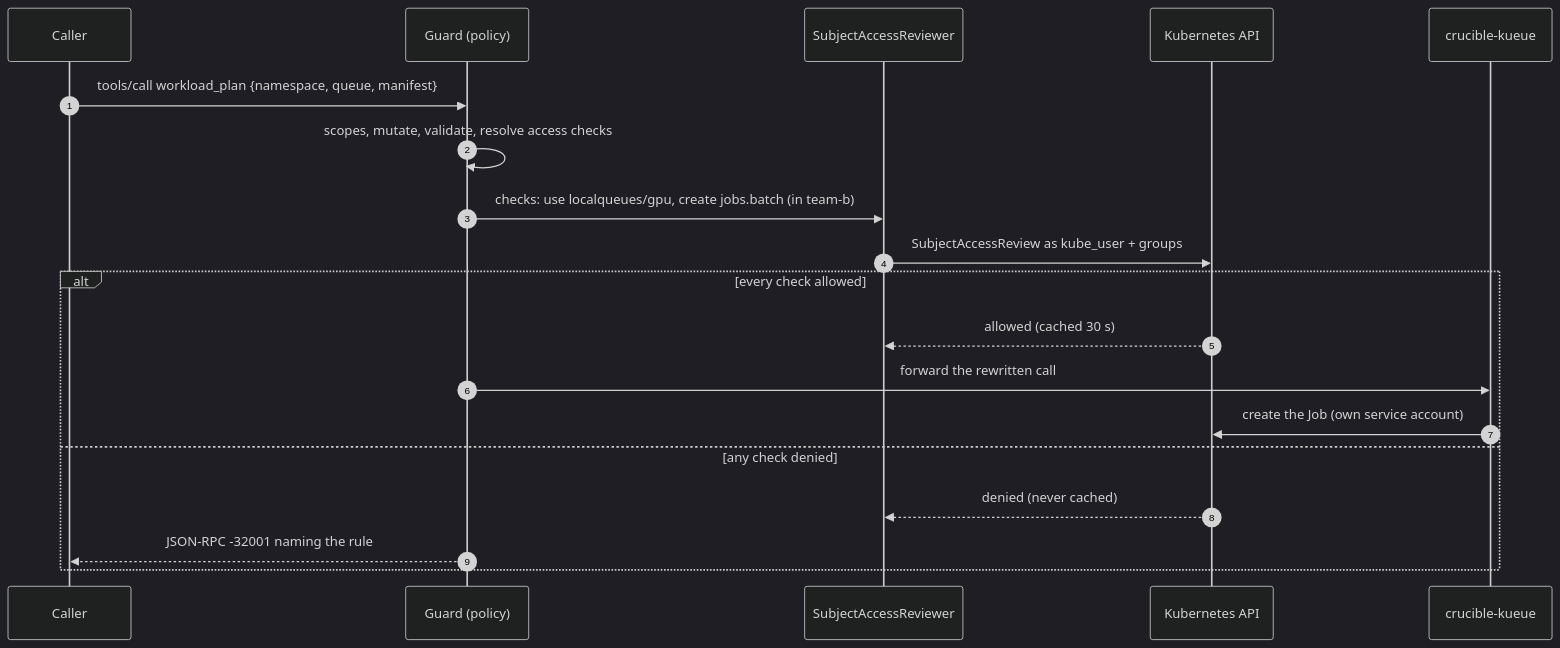
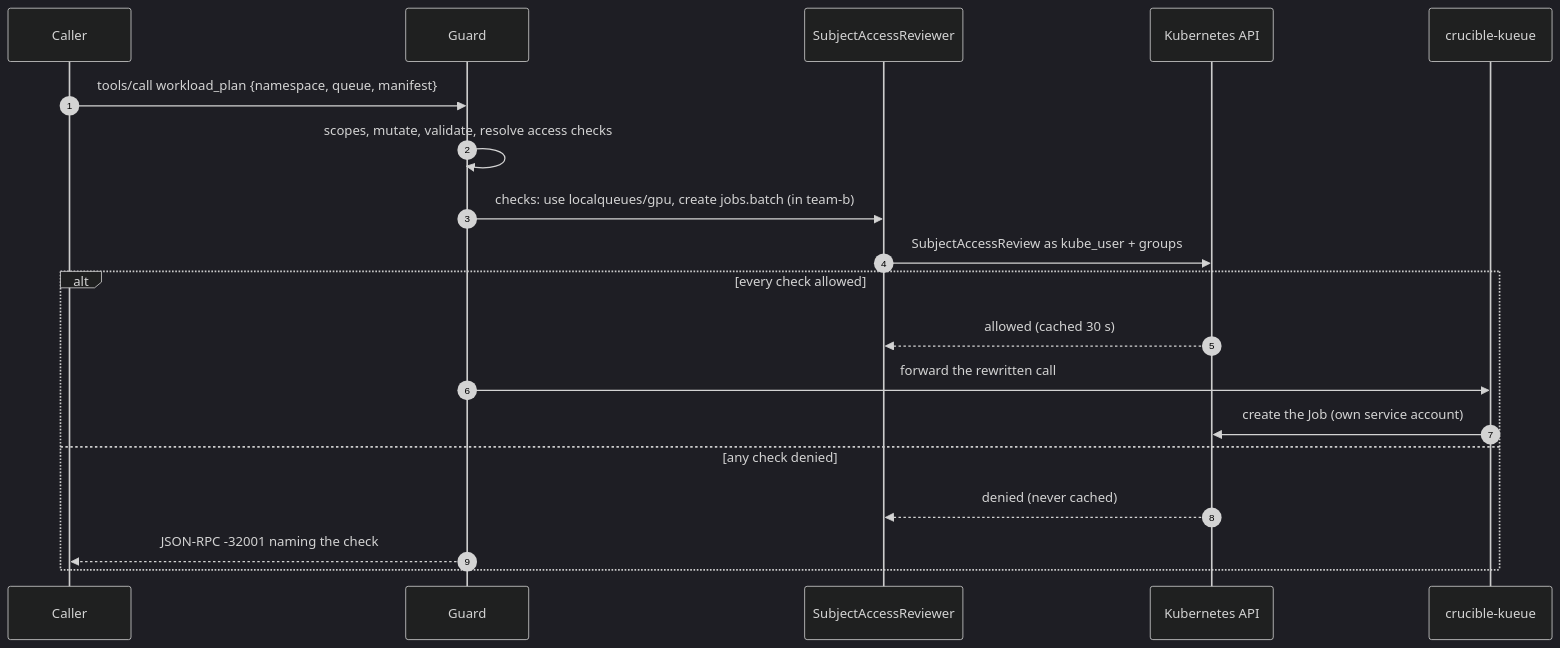
The fifth of 5 diagrams in crucible-mcp-auth/README.md (neuralmagic/crucible), drawn with Mermaid (dark theme) before and after one commit. The commit also changed other lines of this file and 9 other files, not shown here.

````diff
--- a/crucible-mcp-auth/README.md
+++ b/crucible-mcp-auth/README.md
@@ -380,21 +344,21 @@
 ```mermaid
 sequenceDiagram
     autonumber
     participant C as Caller
-    participant G as Guard (policy)
+    participant G as Guard
     participant R as SubjectAccessReviewer
     participant A as Kubernetes API
     participant K as crucible-kueue
     C->>G: tools/call workload_plan {namespace, queue, manifest}
     G->>G: scopes, mutate, validate, resolve access checks
     G->>R: checks: use localqueues/gpu, create jobs.batch (in team-b)
     R->>A: SubjectAccessReview as kube_user + groups
     alt every check allowed
         A-->>R: allowed (cached 30 s)
         G->>K: forward the rewritten call
         K->>A: create the Job (own service account)
     else any check denied
         A-->>R: denied (never cached)
-        G-->>C: JSON-RPC -32001 naming the rule
+        G-->>C: JSON-RPC -32001 naming the check
     end
 ```
````
